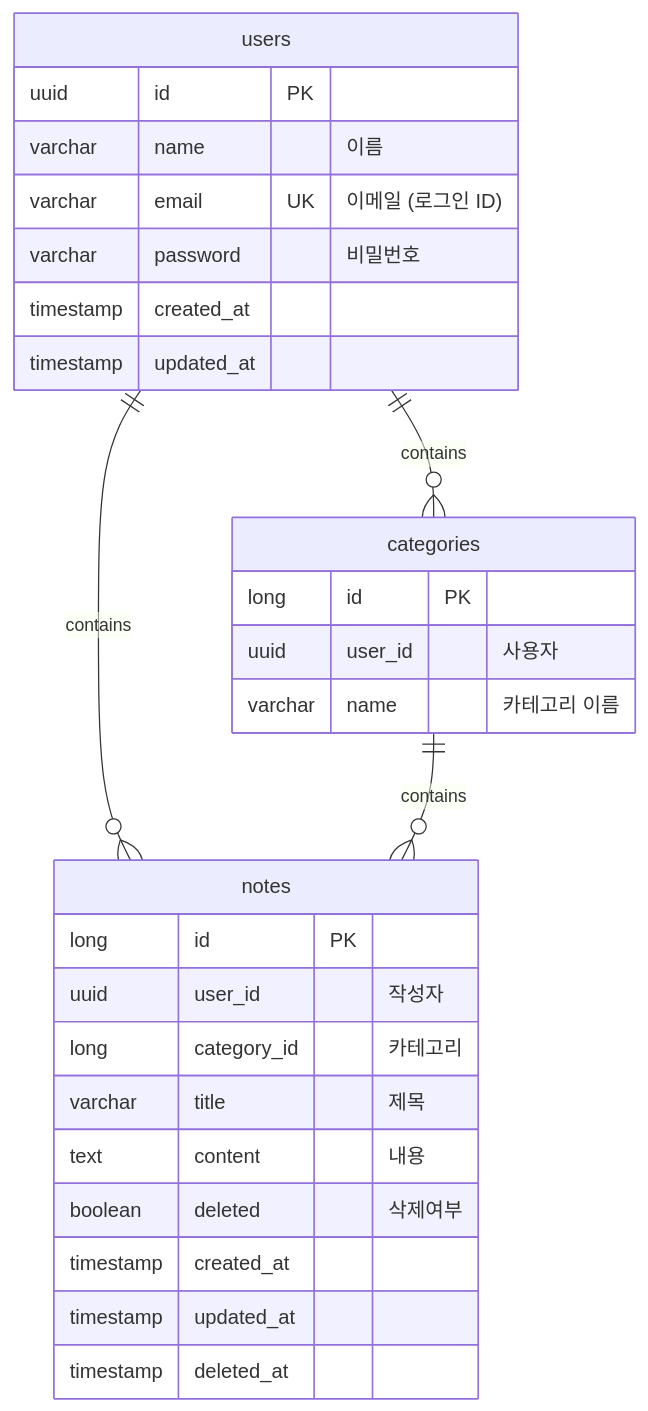
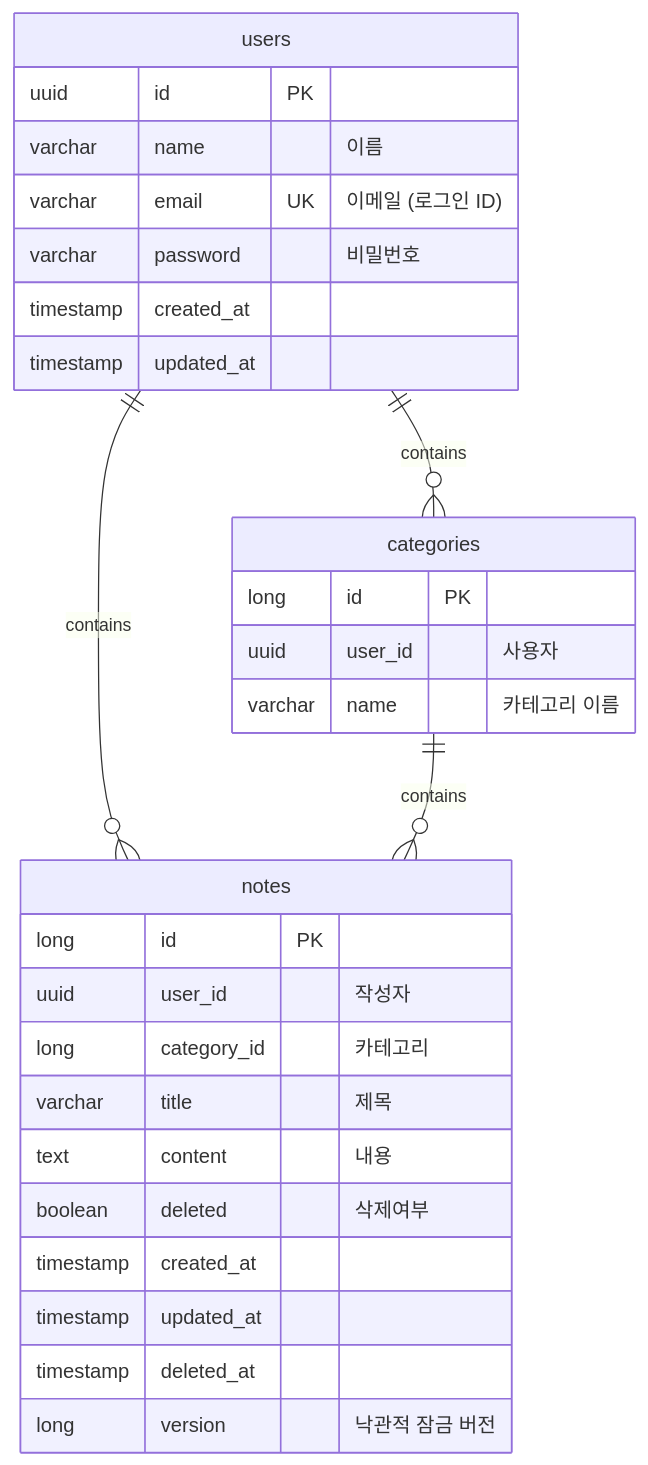
Before and after one commit to ssunnykku/note-back: the diagram in docs/note_design.md, drawn with Mermaid. The commit also changed other lines of this file and 3 other files, not shown here.

````diff
--- a/docs/note_design.md
+++ b/docs/note_design.md
@@ -4,33 +7,34 @@
 ```mermaid
 erDiagram
     users {
         uuid id PK
         varchar name "이름"
         varchar email UK "이메일 (로그인 ID)"
         varchar password "비밀번호"
         timestamp created_at
         timestamp updated_at
     }
 
     notes {
         long id PK
         uuid user_id "작성자"
         long category_id "카테고리"
         varchar title "제목"
         text content "내용"
         boolean deleted "삭제여부"
         timestamp created_at
         timestamp updated_at
         timestamp deleted_at
+        long version "낙관적 잠금 버전"
     }
 
     categories {
         long id PK
         uuid user_id "사용자"
         varchar name "카테고리 이름"
     }
 
     users ||--o{ categories: "contains"
     users ||--o{ notes: "contains"
     categories ||--o{ notes: "contains"
 ```
````
